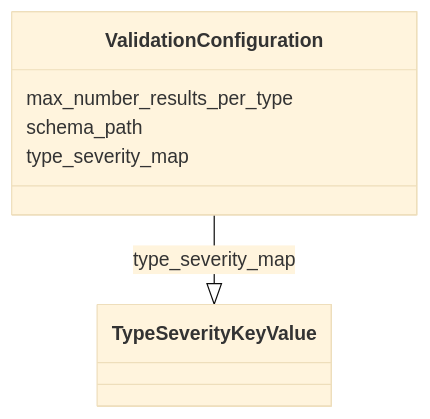
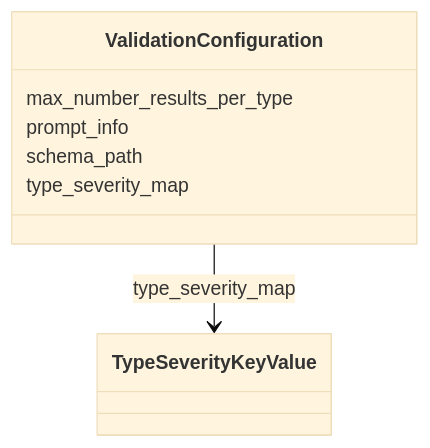
The diagram in validation/ValidationConfiguration.md (INCATools/ontology-access-kit), drawn with Mermaid (base theme) before and after one commit. The commit also changed other lines of this file and 389 other files, not shown here.

````diff
--- a/validation/ValidationConfiguration.md
+++ b/validation/ValidationConfiguration.md
@@ -15,13 +15,15 @@
 ```{mermaid}
  classDiagram
     class ValidationConfiguration
       ValidationConfiguration : max_number_results_per_type
         
+      ValidationConfiguration : prompt_info
+        
       ValidationConfiguration : schema_path
         
       ValidationConfiguration : type_severity_map
         
-          ValidationConfiguration --|> TypeSeverityKeyValue : type_severity_map
+          ValidationConfiguration --> TypeSeverityKeyValue : type_severity_map
         
       
 ```
````
